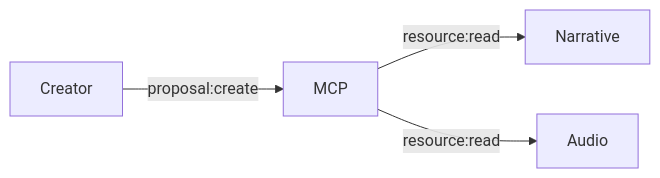
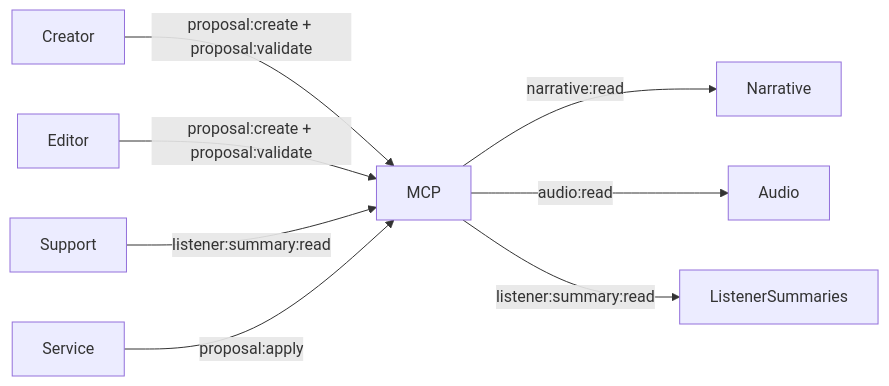
The diagram in docs/mcp_permissions_scope_map.md (Johnsonbros/Uncharted_Stars_Saga), drawn with Mermaid before and after one commit. The commit also changed other lines of this file and 3 other files, not shown here.

Commit message:
docs: finalize mcp diagram docs

````diff
--- a/docs/mcp_permissions_scope_map.md
+++ b/docs/mcp_permissions_scope_map.md
@@ -36,6 +43,10 @@
 ```mermaid
 flowchart LR
-  Creator -->|proposal:create| MCP
-  MCP -->|resource:read| Narrative
-  MCP -->|resource:read| Audio
+  Creator -->|proposal:create + proposal:validate| MCP
+  Editor -->|proposal:create + proposal:validate| MCP
+  Support -->|listener:summary:read| MCP
+  Service -->|proposal:apply| MCP
+  MCP -->|narrative:read| Narrative
+  MCP -->|audio:read| Audio
+  MCP -->|listener:summary:read| ListenerSummaries
 ```
````
